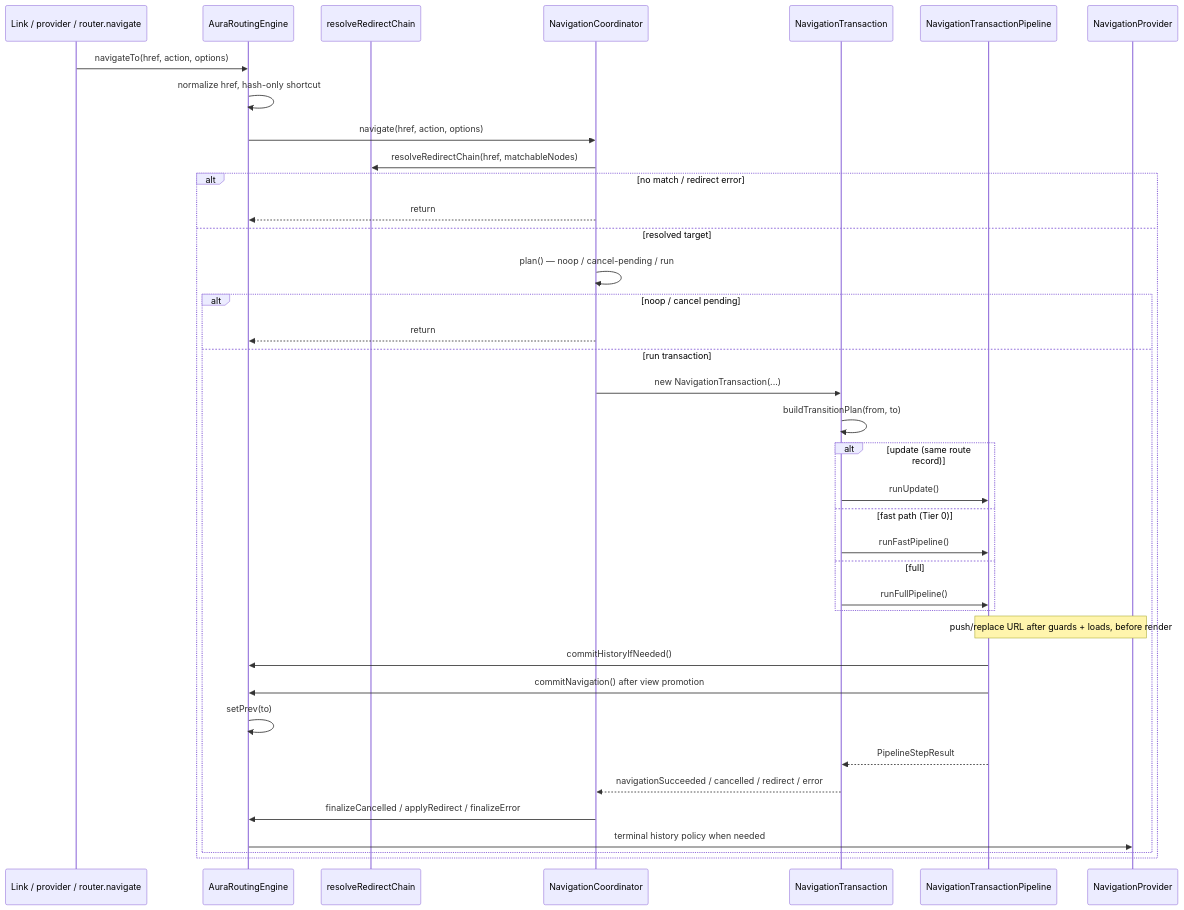
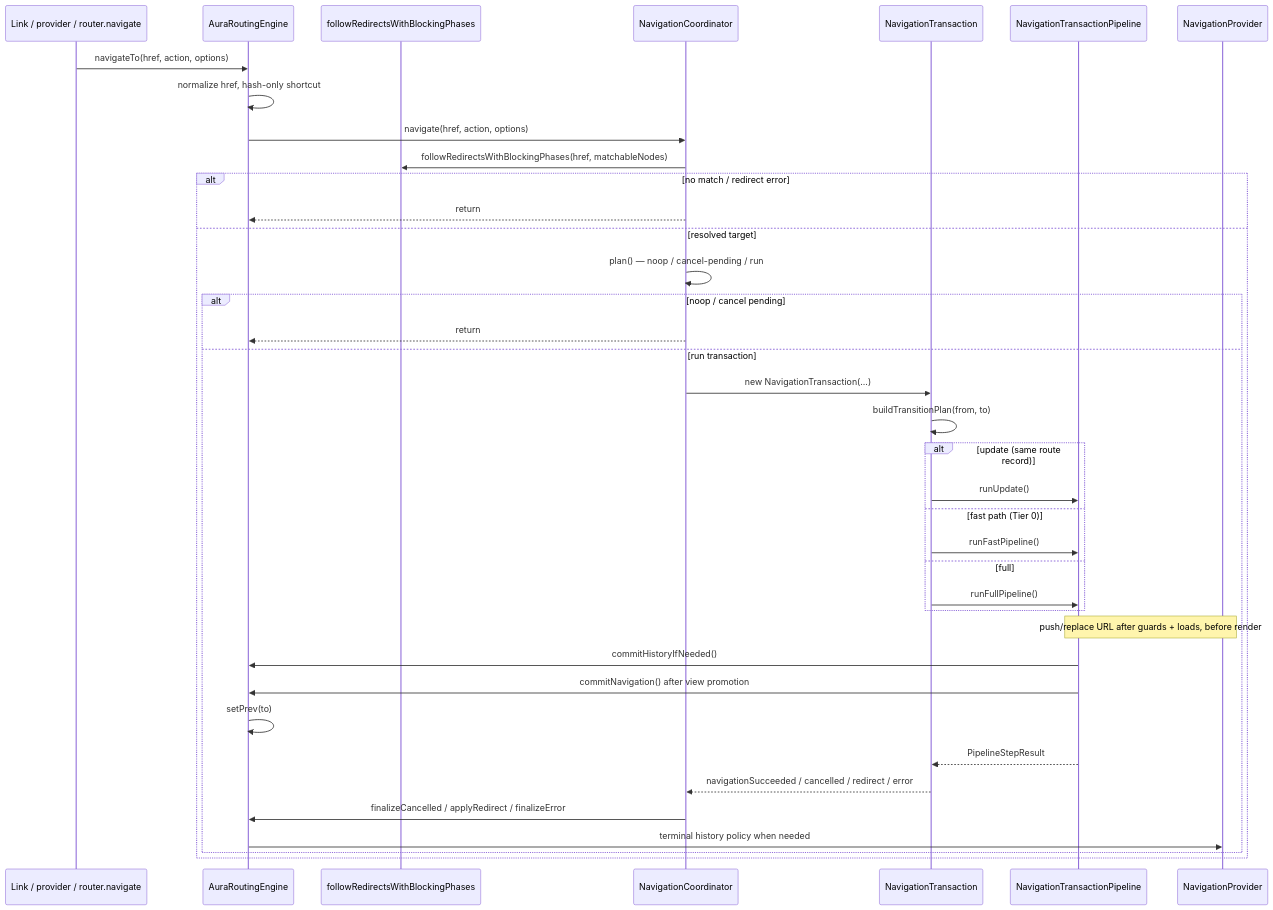
Before and after one commit to aura-ui/router: the diagram in src/modules/aura-routing-engine/core/ARCHITECTURE.md, drawn with Mermaid. The commit also changed other lines of this file and 11 other files, not shown here.

Commit message:
refactor: rename resolveDeclarativeTarget -> followDeclarativeRedirects, resolveRedirectChain -> followRedirectsWithBlockingPhases

````diff
--- a/src/modules/aura-routing-engine/core/ARCHITECTURE.md
+++ b/src/modules/aura-routing-engine/core/ARCHITECTURE.md
@@ -30,41 +30,41 @@
 ```mermaid
 sequenceDiagram
   participant Source as Link / provider / router.navigate
   participant Engine as AuraRoutingEngine
-  participant Redirect as resolveRedirectChain
+  participant Redirect as followRedirectsWithBlockingPhases
   participant Coord as NavigationCoordinator
   participant Tx as NavigationTransaction
   participant Pipeline as NavigationTransactionPipeline
   participant History as NavigationProvider
 
   Source->>Engine: navigateTo(href, action, options)
   Engine->>Engine: normalize href, hash-only shortcut
   Engine->>Coord: navigate(href, action, options)
-  Coord->>Redirect: resolveRedirectChain(href, matchableNodes)
+  Coord->>Redirect: followRedirectsWithBlockingPhases(href, matchableNodes)
   alt no match / redirect error
     Coord-->>Engine: return
   else resolved target
     Coord->>Coord: plan() — noop / cancel-pending / run
     alt noop / cancel pending
       Coord-->>Engine: return
     else run transaction
       Coord->>Tx: new NavigationTransaction(...)
       Tx->>Tx: buildTransitionPlan(from, to)
       alt update (same route record)
         Tx->>Pipeline: runUpdate()
       else fast path (Tier 0)
         Tx->>Pipeline: runFastPipeline()
       else full
         Tx->>Pipeline: runFullPipeline()
       end
       Note over Pipeline,History: push/replace URL after guards + loads, before render
       Pipeline->>Engine: commitHistoryIfNeeded()
       Pipeline->>Engine: commitNavigation() after view promotion
       Engine->>Engine: setPrev(to)
       Pipeline-->>Tx: PipelineStepResult
       Tx-->>Coord: navigationSucceeded / cancelled / redirect / error
       Coord->>Engine: finalizeCancelled / applyRedirect / finalizeError
       Engine->>History: terminal history policy when needed
     end
   end
 ```
````
